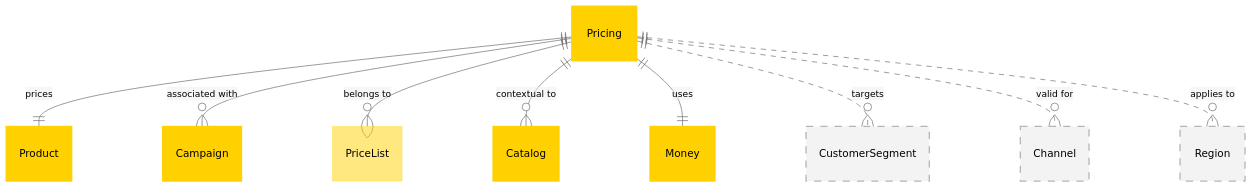
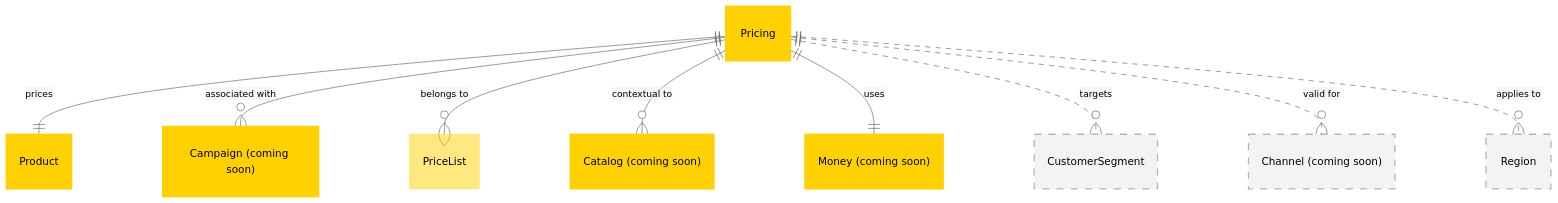
Before and after one commit to devondragon/standards: the diagram in models/entities/pricing/pricing.md, drawn with Mermaid (neutral theme). The commit also changed other lines of this file and 6 other files, not shown here.

````diff
--- a/models/entities/pricing/pricing.md
+++ b/models/entities/pricing/pricing.md
@@ -771,15 +774,15 @@
 ```mermaid
 erDiagram
     Pricing:::entity 1 to 1 Product:::entity : "prices"
-    Pricing 1 to 0+ Campaign:::entity : "associated with"
+    Pricing 1 to 0+ "Campaign (coming soon)":::entity : "associated with"
     Pricing 1 to 0+ PriceList:::internalRel : "belongs to"
-    Pricing 1 to 0+ Catalog:::entity : "contextual to"
-    Pricing 1 to 1 Money:::entity : "uses"
+    Pricing 1 to 0+ "Catalog (coming soon)":::entity : "contextual to"
+    Pricing 1 to 1 "Money (coming soon)":::entity : "uses"
     Pricing 1 optionally to 0+ CustomerSegment:::optionalRel : "targets"
-    Pricing 1 optionally to 0+ Channel:::optionalRel : "valid for"
+    Pricing 1 optionally to 0+ "Channel (coming soon)":::optionalRel : "valid for"
     Pricing 1 optionally to 0+ Region:::optionalRel : "applies to"
 
 classDef entity fill:#ffd100, stroke:#ffd100,stroke-width:2px
 classDef internalRel fill:#ffd10080, stroke:#ffd10080,stroke-width:1px
 classDef optionalRel stroke:#b5b5b5, stroke-dasharray: 1 1, fill:#f3f3f3, stroke-width:2px
 ```
````
